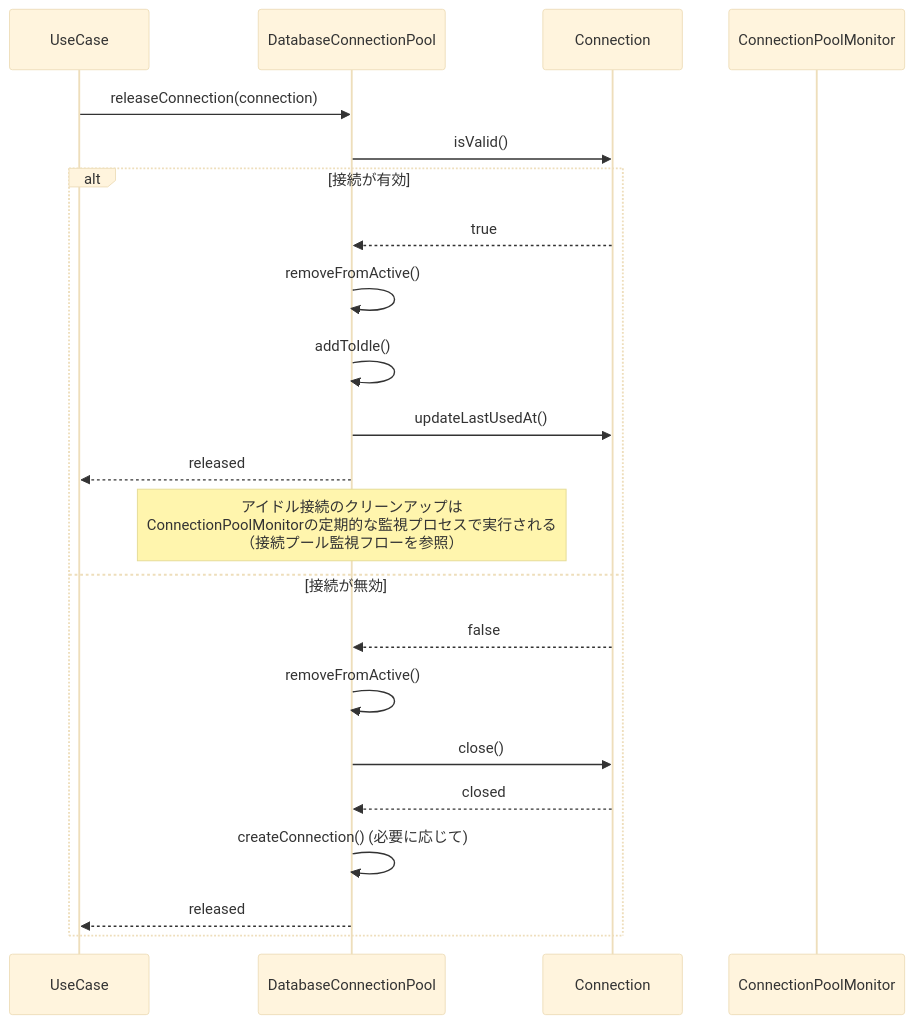
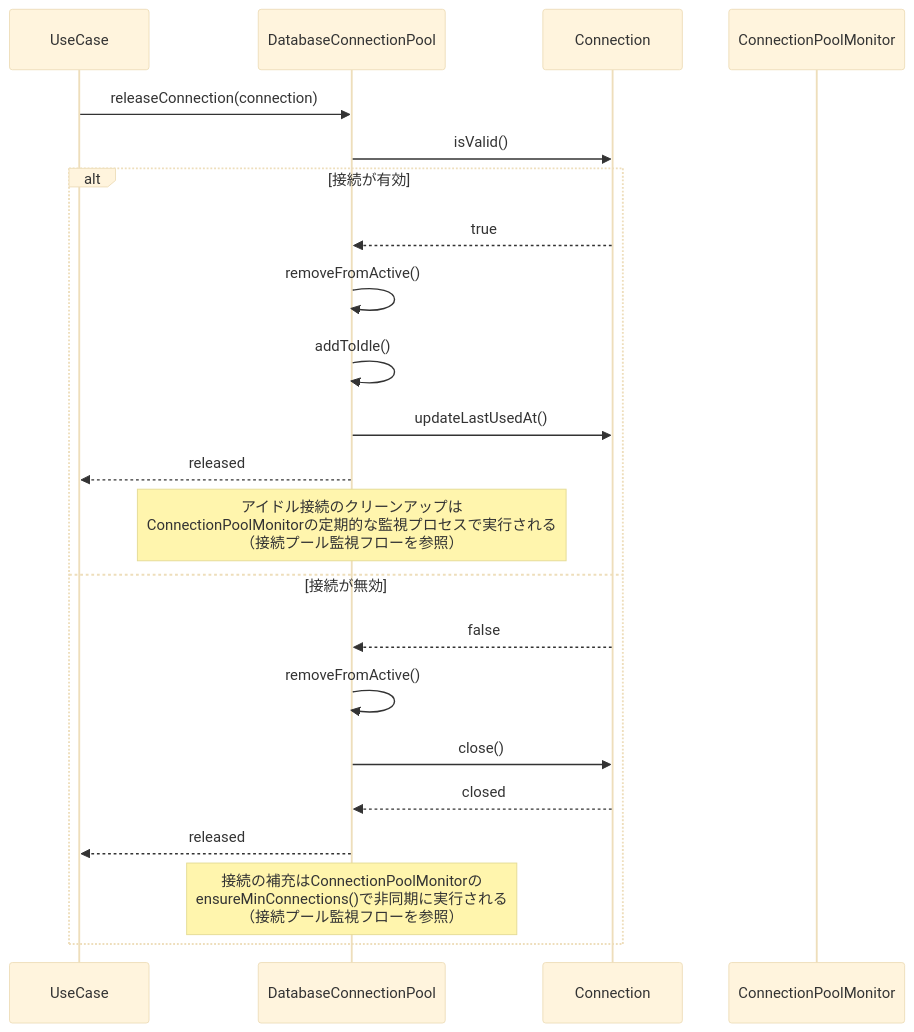
The third of 6 diagrams in docs/detailed-design/MWD-81_database-connection-pool/sequence-diagrams.md (kencom2400/MrWebDefence-Console), drawn with Mermaid (base theme) before and after one commit. The commit also changed 2 other files, not shown here.

Commit message:
fix(database-connection-pool): Geminiレビュー指摘（第2弾）を反映して設計書を修正 (MWD-81)
- class-diagrams.md: IConnectionインターフェースをDomain Layerに追加し、ConnectionをInfrastructure Layerに配置
- class-diagrams.md: 接続のライフサイクル図でmaxLifetimeの評価タイミングを明確化（releaseConnection時）
- sequence-diagrams.md: 接続解放フローから同期のcreateConnection()を削除（バックグラウンド処理に任せる）
- gemini-learnings.md: インターフェースと具象クラスのレイヤー分離、状態遷移図の明確化、接続解放処理の軽量化に関する学習を追加

````diff
--- a/docs/detailed-design/MWD-81_database-connection-pool/sequence-diagrams.md
+++ b/docs/detailed-design/MWD-81_database-connection-pool/sequence-diagrams.md
@@ -71,27 +71,28 @@
 ```mermaid
 sequenceDiagram
     participant UseCase
     participant DatabaseConnectionPool
     participant Connection
     participant ConnectionPoolMonitor
 
     UseCase->>DatabaseConnectionPool: releaseConnection(connection)
     DatabaseConnectionPool->>Connection: isValid()
     
     alt 接続が有効
         Connection-->>DatabaseConnectionPool: true
         DatabaseConnectionPool->>DatabaseConnectionPool: removeFromActive()
         DatabaseConnectionPool->>DatabaseConnectionPool: addToIdle()
         DatabaseConnectionPool->>Connection: updateLastUsedAt()
         DatabaseConnectionPool-->>UseCase: released
         
         Note over DatabaseConnectionPool: アイドル接続のクリーンアップは<br/>ConnectionPoolMonitorの定期的な監視プロセスで実行される<br/>（接続プール監視フローを参照）
     else 接続が無効
         Connection-->>DatabaseConnectionPool: false
         DatabaseConnectionPool->>DatabaseConnectionPool: removeFromActive()
         DatabaseConnectionPool->>Connection: close()
         Connection-->>DatabaseConnectionPool: closed
-        DatabaseConnectionPool->>DatabaseConnectionPool: createConnection() (必要に応じて)
         DatabaseConnectionPool-->>UseCase: released
+        
+        Note over DatabaseConnectionPool: 接続の補充はConnectionPoolMonitorの<br/>ensureMinConnections()で非同期に実行される<br/>（接続プール監視フローを参照）
     end
 ```
````
